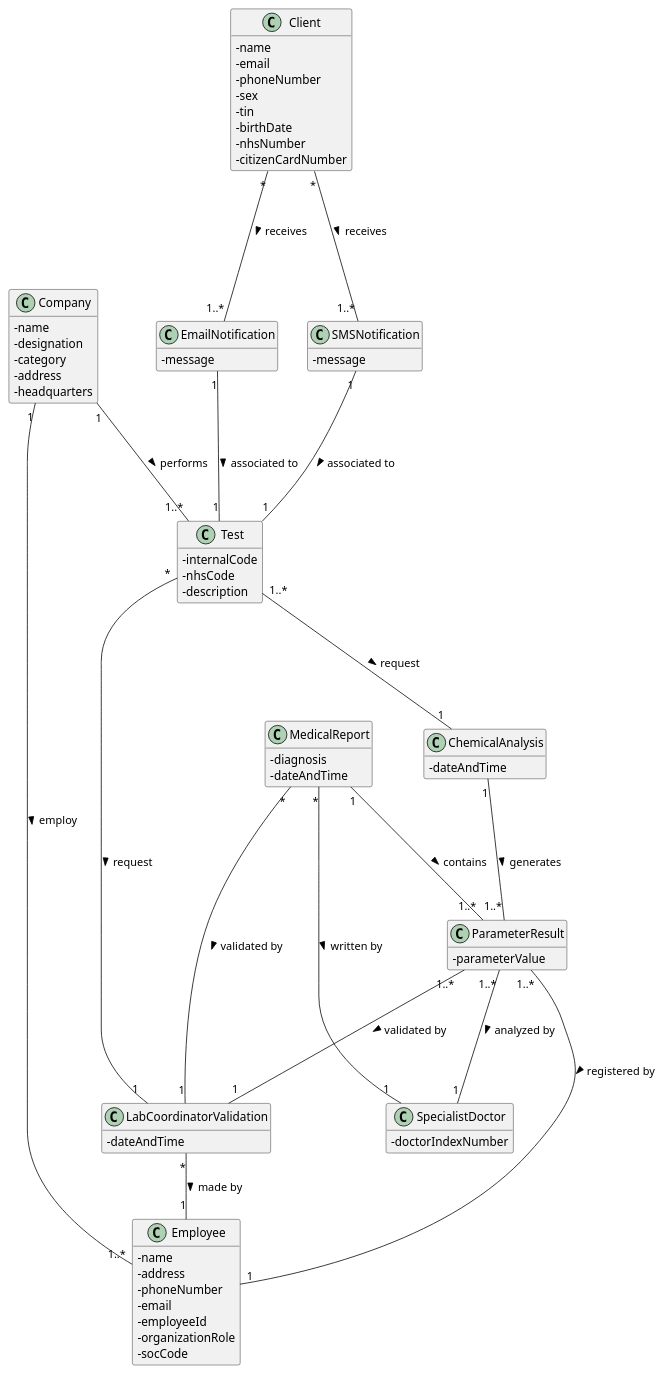
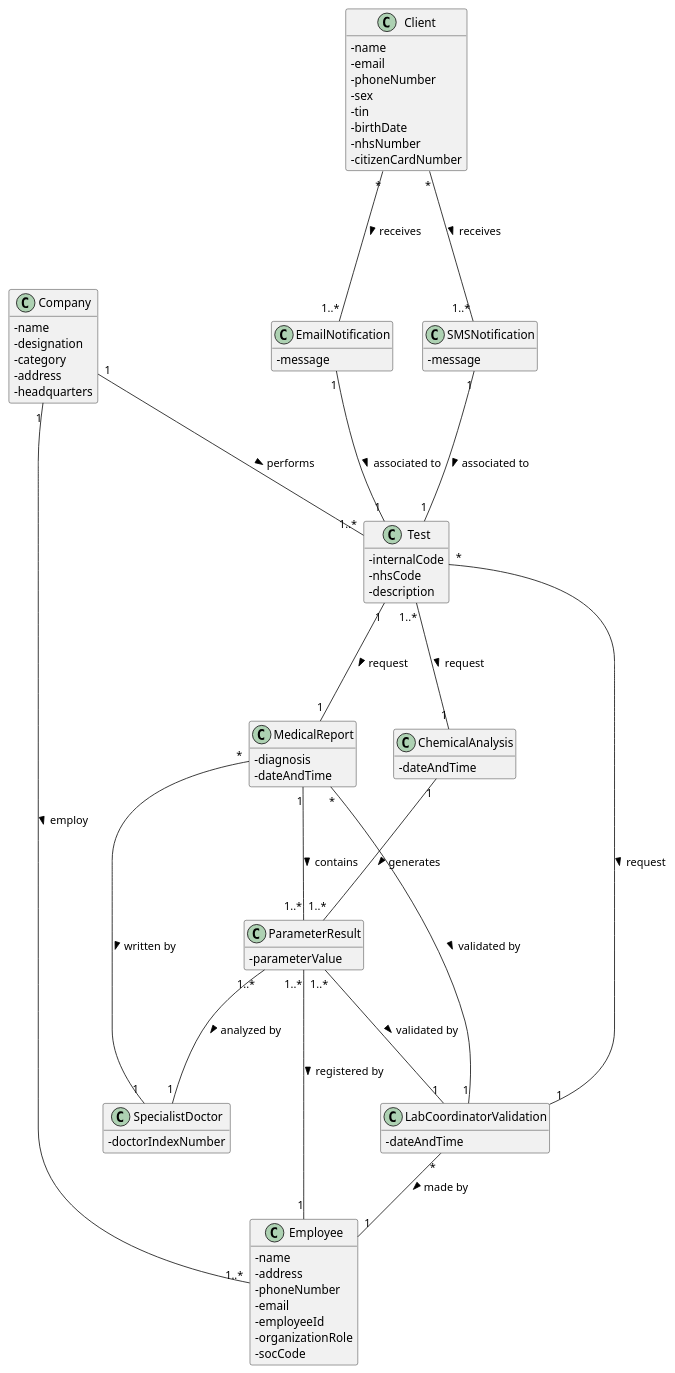
Before and after one commit to manu-07-ela/LAPR2_ISEP: the diagram in docs/SprintC/US15/US15_DM.puml, drawn with PlantUML. The commit also changed 11 other files, not shown here.

```diff
--- a/docs/SprintC/US15/US15_DM.puml
+++ b/docs/SprintC/US15/US15_DM.puml
@@ -1,109 +1,110 @@
 @startuml
 'https://plantuml.com/class-diagram
 hide methods
 skinparam classAttributeIconSize 0
 
 class Company
 class LabCoordinatorValidation
 class Employee
 class ChemicalAnalysis
 class SpecialistDoctor
 class MedicalReport
 class ParameterResult
 class Test
 class EmailNotification
 class SMSNotification
 
 
 class Company{
 -name
 -designation
 -category
 -address
 -headquarters
 }
 
 class LabCoordinatorValidation {
 -dateAndTime
 }
 
 class Employee {
 -name
 -address
 -phoneNumber
 -email
 -employeeId
 -organizationRole
 -socCode
 }
 
 class Client{
  - name
  - email
  - phoneNumber
  - sex
  - tin
  - birthDate
  - nhsNumber
  - citizenCardNumber
 }
 
 class ChemicalAnalysis{
 -dateAndTime
 }
 
 class SpecialistDoctor{
 -doctorIndexNumber
 }
 
 class MedicalReport{
 -diagnosis
 -dateAndTime
 }
 
 class ParameterResult{
 -parameterValue
 }
 
 
 class Test{
 -internalCode
 -nhsCode
 -description
 }
 
 class EmailNotification{
 -message
 }
 
 class SMSNotification{
 -message
 }
 
 
 ChemicalAnalysis "1"---"1..*" ParameterResult: generates >
 
 Company "1"---"1..*" Employee : employ >
 Company "1"---"1..*" Test : performs >
 
 Client "*"---"1..*" SMSNotification : receives >
 Client "*"---"1..*" EmailNotification : receives >
 
 LabCoordinatorValidation "*"--"1" Employee : made by >
 
 MedicalReport "*"---"1" LabCoordinatorValidation : validated by >
 MedicalReport "1"---"1..*" ParameterResult : contains >
 MedicalReport "*"---"1" SpecialistDoctor : written by >
 
 Test "1..*" ---"1" ChemicalAnalysis : request >
 Test "*" --- "1" LabCoordinatorValidation : request >
+Test "1" ---"1" MedicalReport : request >
 
 ParameterResult "1..*"---"1" Employee: registered by >
 ParameterResult "1..*"---"1" LabCoordinatorValidation : validated by >
 ParameterResult "1..*"---"1" SpecialistDoctor : analyzed by >
 
 EmailNotification "1"---"1" Test : associated to >
 
 SMSNotification "1"---"1" Test : associated to >
 
 @enduml
```
